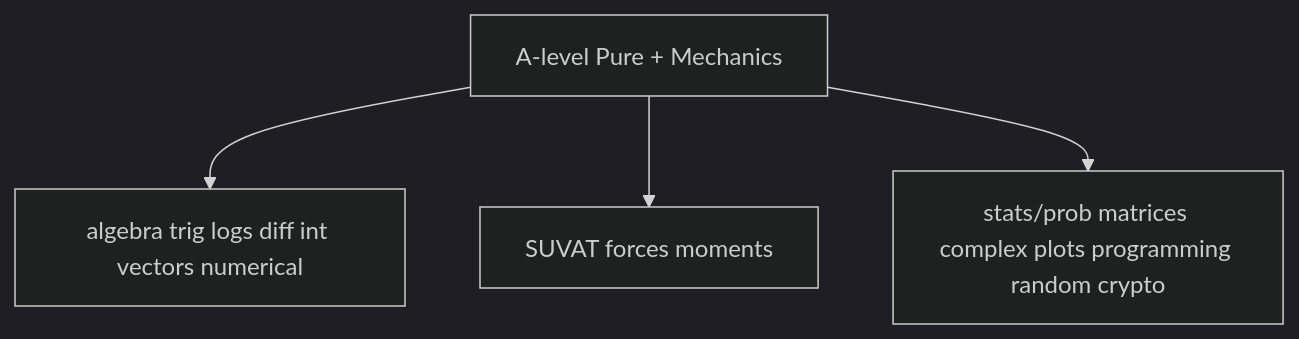
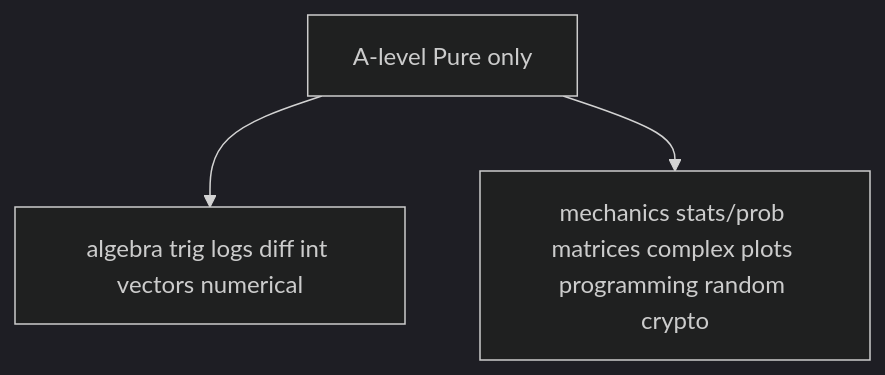
The fifth of 7 diagrams in docs/GRAPH.md (james8464/notes-addin-casio-fx-cg50), drawn with Mermaid (dark theme) before and after one commit. The commit also changed other lines of this file and 19 other files, not shown here.

Commit message:
prune: remove mechanics scope

````diff
--- a/docs/GRAPH.md
+++ b/docs/GRAPH.md
@@ -166,6 +161,5 @@
 ```mermaid
 graph TD
-  Scope["A-level Pure + Mechanics"] --> Pure["algebra trig logs diff int vectors numerical"]
-  Scope --> Mech["SUVAT forces moments"]
-  Scope --> Out["stats/prob matrices complex plots programming random crypto"]
+  Scope["A-level Pure only"] --> Pure["algebra trig logs diff int vectors numerical"]
+  Scope --> Out["mechanics stats/prob matrices complex plots programming random crypto"]
 ```
````
